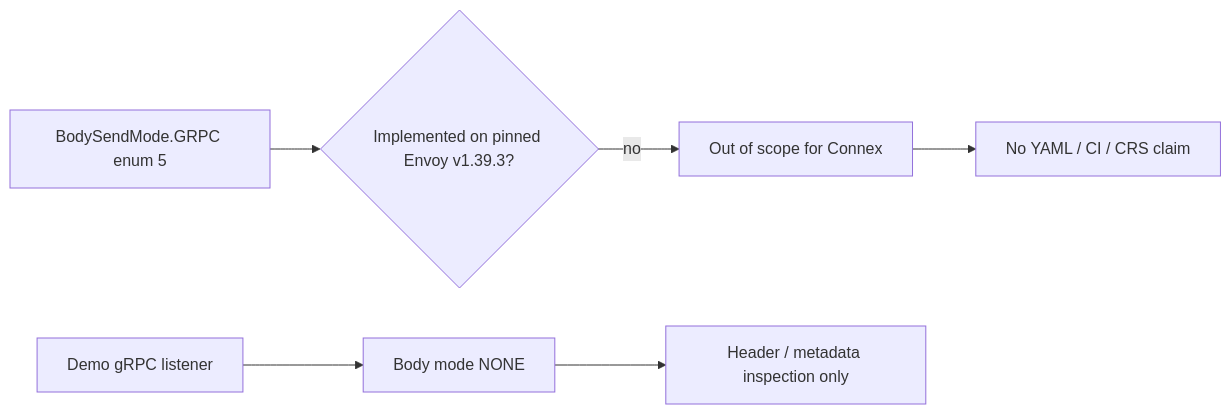
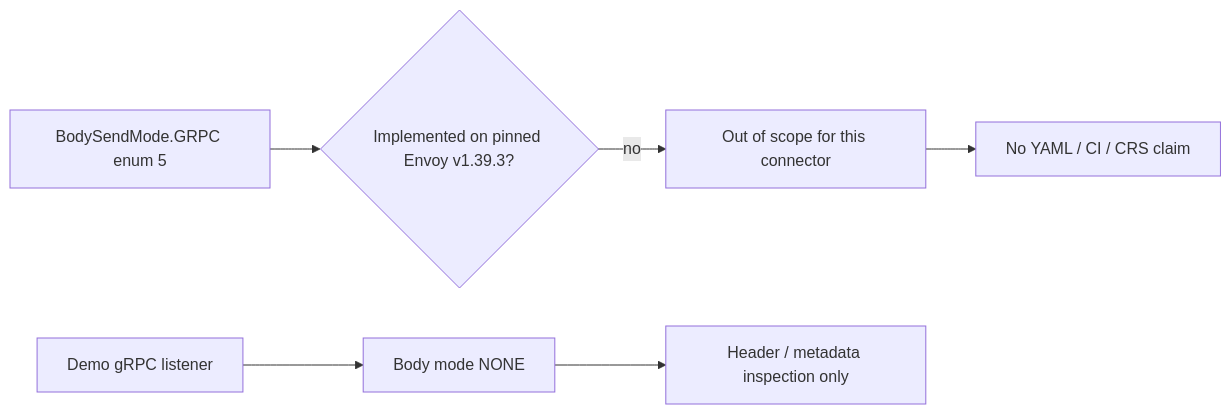
The diagram in docs/modes/grpc.md (etiennemunnich/modsec-envoy-connector), drawn with Mermaid before and after one commit. The commit also changed other lines of this file and 20 other files, not shown here.

````diff
--- a/docs/modes/grpc.md
+++ b/docs/modes/grpc.md
@@ -25,8 +25,8 @@
 ```mermaid
 flowchart LR
   A[BodySendMode.GRPC enum 5] --> B{Implemented on pinned Envoy v1.39.3?}
-  B -->|no| C[Out of scope for Connex]
+  B -->|no| C[Out of scope for this connector]
   C --> D[No YAML / CI / CRS claim]
   E[Demo gRPC listener] --> F[Body mode NONE]
   F --> G[Header / metadata inspection only]
 ```
````
